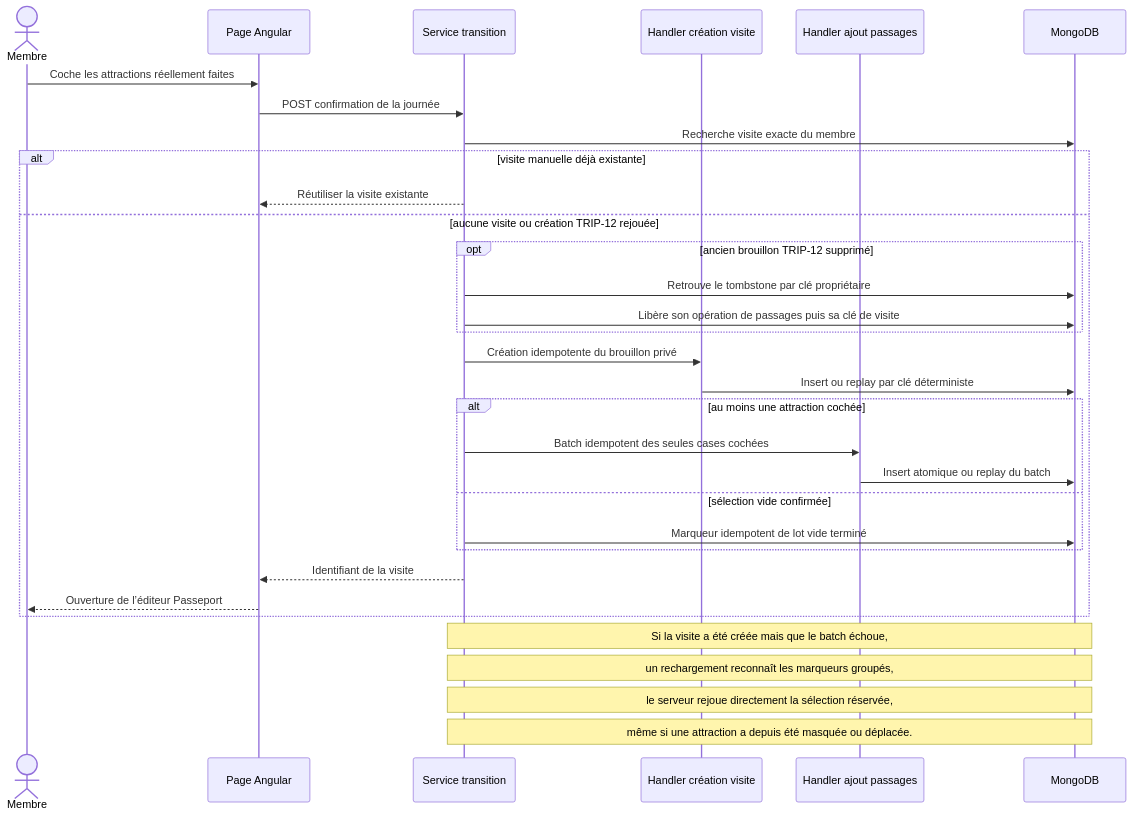
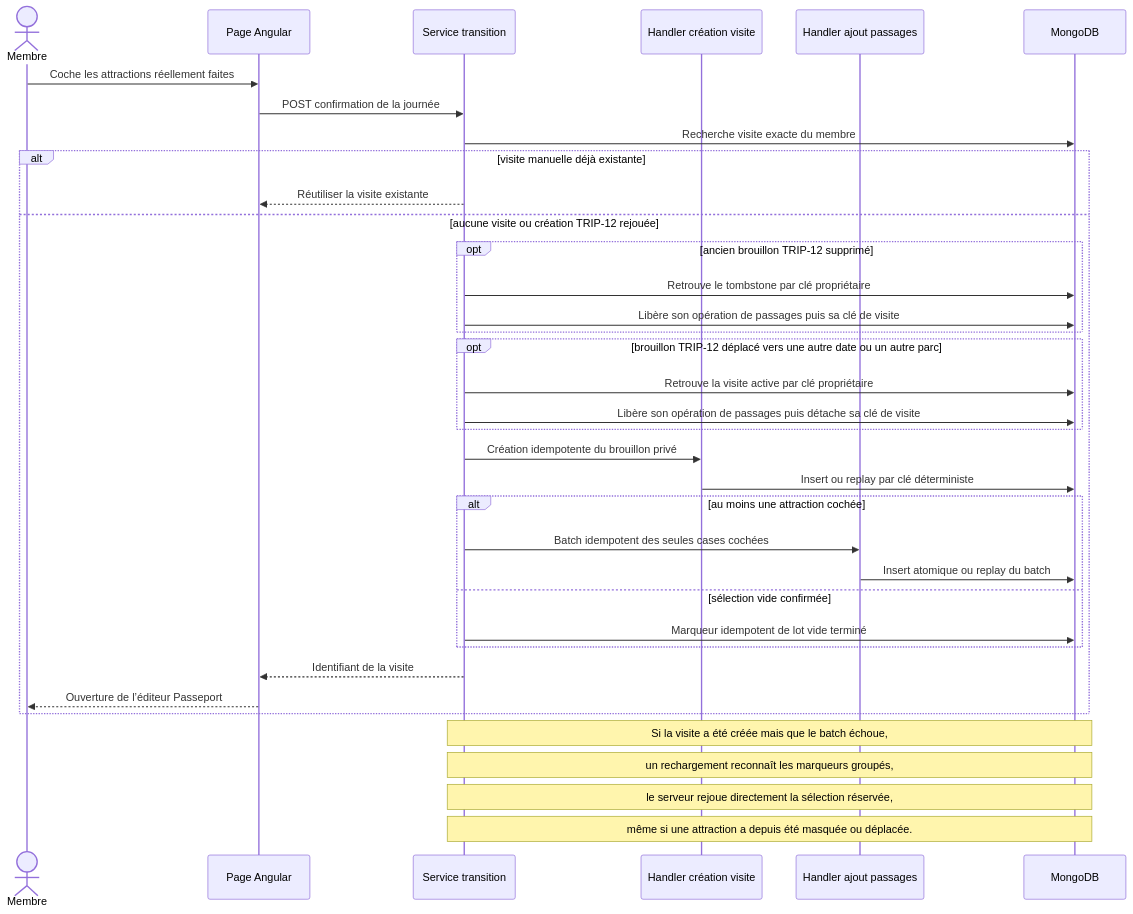
Before and after one commit to Ced59/AmusementParkProject: the fourth of 5 diagrams in docs/architecture/product-growth-trip-12-passport-transition-2026-09-25.md, drawn with Mermaid. The commit also changed other lines of this file and 7 other files, not shown here.

````diff
--- a/docs/architecture/product-growth-trip-12-passport-transition-2026-09-25.md
+++ b/docs/architecture/product-growth-trip-12-passport-transition-2026-09-25.md
@@ -208,36 +208,40 @@
 ```mermaid
 sequenceDiagram
     actor M as Membre
     participant UI as Page Angular
     participant APP as Service transition
     participant VISIT as Handler création visite
     participant RIDE as Handler ajout passages
     participant DB as MongoDB
 
     M->>UI: Coche les attractions réellement faites
     UI->>APP: POST confirmation de la journée
     APP->>DB: Recherche visite exacte du membre
     alt visite manuelle déjà existante
       APP-->>UI: Réutiliser la visite existante
     else aucune visite ou création TRIP-12 rejouée
       opt ancien brouillon TRIP-12 supprimé
         APP->>DB: Retrouve le tombstone par clé propriétaire
         APP->>DB: Libère son opération de passages puis sa clé de visite
       end
+      opt brouillon TRIP-12 déplacé vers une autre date ou un autre parc
+        APP->>DB: Retrouve la visite active par clé propriétaire
+        APP->>DB: Libère son opération de passages puis détache sa clé de visite
+      end
       APP->>VISIT: Création idempotente du brouillon privé
       VISIT->>DB: Insert ou replay par clé déterministe
       alt au moins une attraction cochée
         APP->>RIDE: Batch idempotent des seules cases cochées
         RIDE->>DB: Insert atomique ou replay du batch
       else sélection vide confirmée
         APP->>DB: Marqueur idempotent de lot vide terminé
       end
       APP-->>UI: Identifiant de la visite
       UI-->>M: Ouverture de l’éditeur Passeport
     end
 
     Note over APP,DB: Si la visite a été créée mais que le batch échoue,
     Note over APP,DB: un rechargement reconnaît les marqueurs groupés,
     Note over APP,DB: le serveur rejoue directement la sélection réservée,
     Note over APP,DB: même si une attraction a depuis été masquée ou déplacée.
 ```
````
